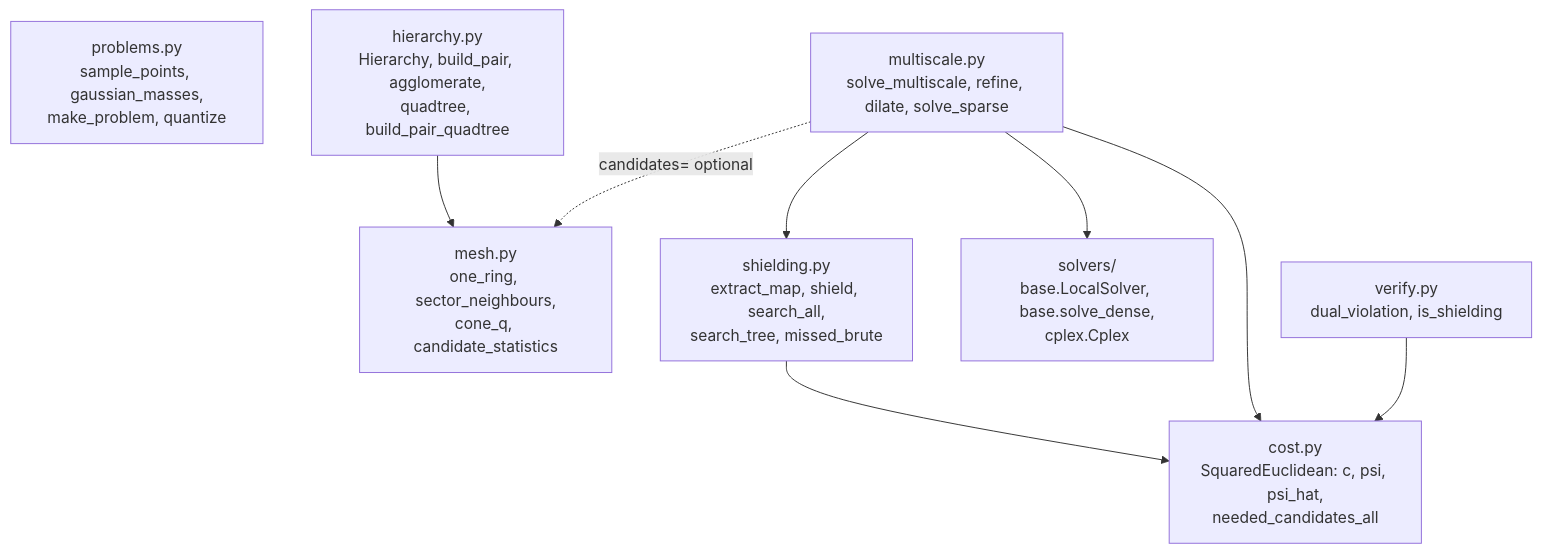
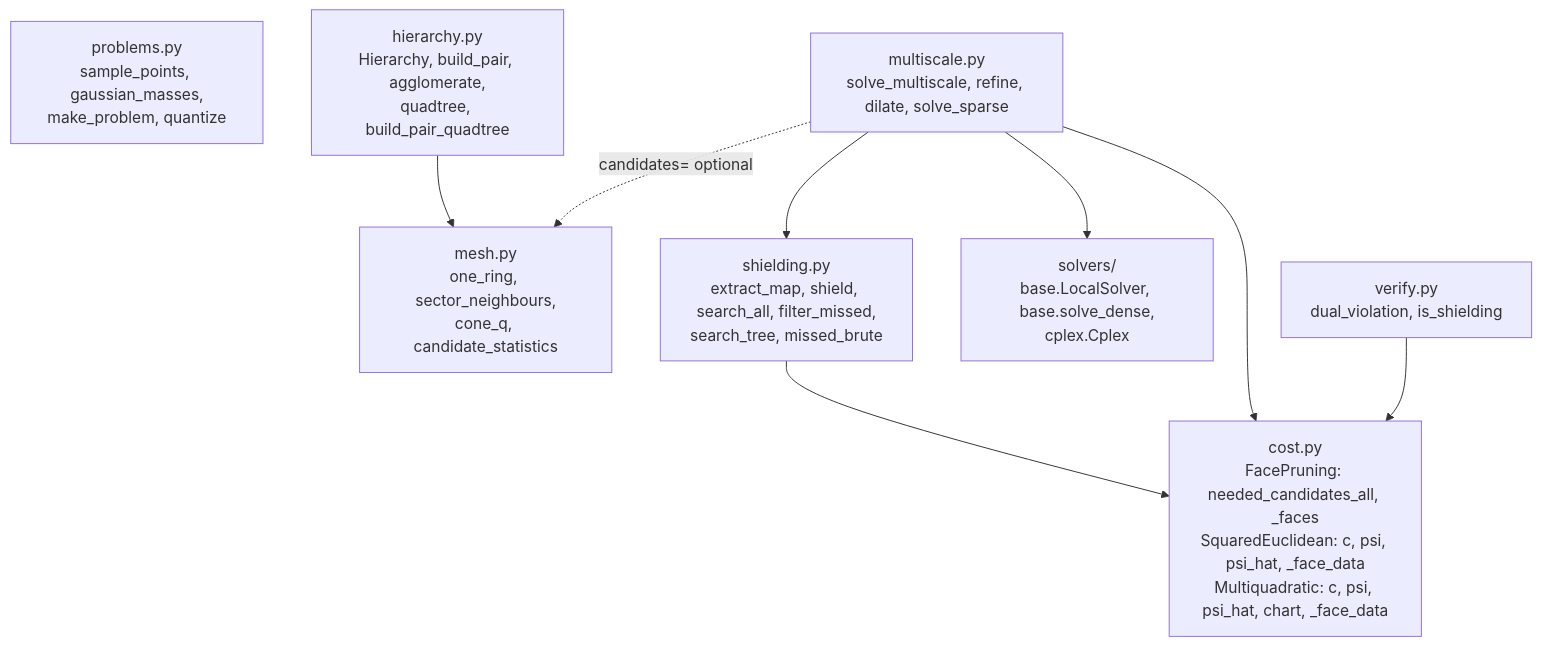
One commit to BenediktKaltenbach/multiscale_dicrete_ot changed the second of 9 diagrams in docs/flowchart.md. Above: the diagram before and after it, drawn with Mermaid. The commit also changed other lines of this file, not shown here.

Commit message:
flowchart: multiquadratic cost, FacePruning and filter_missed

````diff
--- a/docs/flowchart.md
+++ b/docs/flowchart.md
@@ -18,19 +19,19 @@
 ```mermaid
 flowchart TB
     problems["problems.py<br/>sample_points, gaussian_masses,<br/>make_problem, quantize"]
     hierarchy["hierarchy.py<br/>Hierarchy, build_pair, agglomerate,<br/>quadtree, build_pair_quadtree"]
     mesh["mesh.py<br/>one_ring, sector_neighbours,<br/>cone_q, candidate_statistics"]
-    cost["cost.py<br/>SquaredEuclidean: c, psi, psi_hat,<br/>needed_candidates_all"]
-    shielding["shielding.py<br/>extract_map, shield, search_all,<br/>search_tree, missed_brute"]
+    cost["cost.py<br/>FacePruning: needed_candidates_all, _faces<br/>SquaredEuclidean: c, psi, psi_hat, _face_data<br/>Multiquadratic: c, psi, psi_hat, chart, _face_data"]
+    shielding["shielding.py<br/>extract_map, shield, search_all, filter_missed,<br/>search_tree, missed_brute"]
     multiscale["multiscale.py<br/>solve_multiscale, refine, dilate, solve_sparse"]
     solvers["solvers/<br/>base.LocalSolver, base.solve_dense,<br/>cplex.Cplex"]
     verify["verify.py<br/>dual_violation, is_shielding"]
 
     hierarchy --> mesh
     multiscale --> shielding
     multiscale --> solvers
     multiscale -. "candidates= optional" .-> mesh
     shielding --> cost
     multiscale --> cost
     verify --> cost
 ```
````
